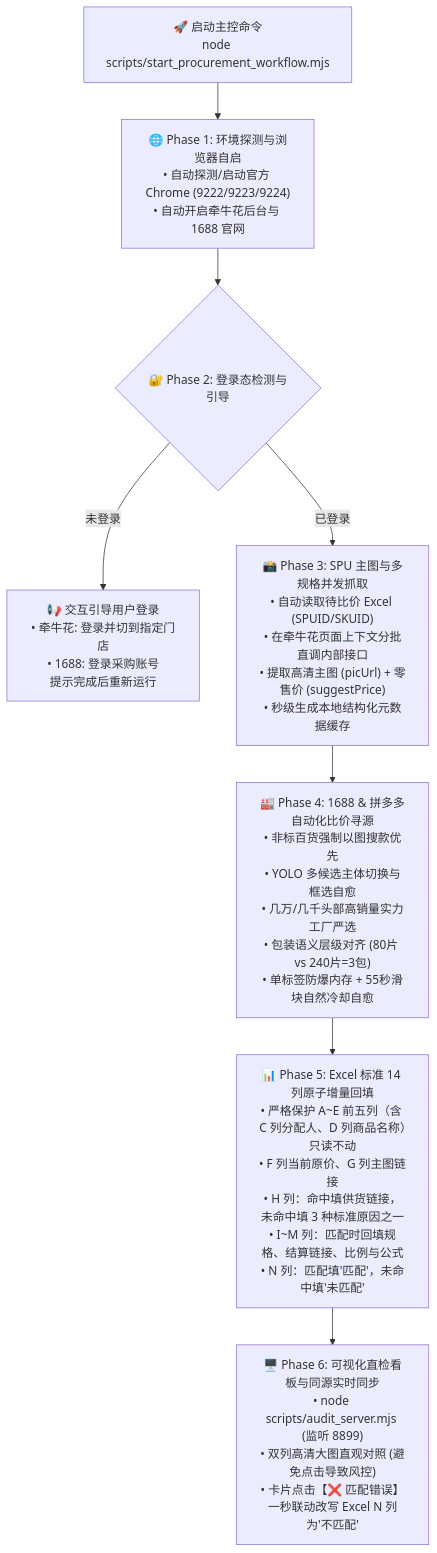
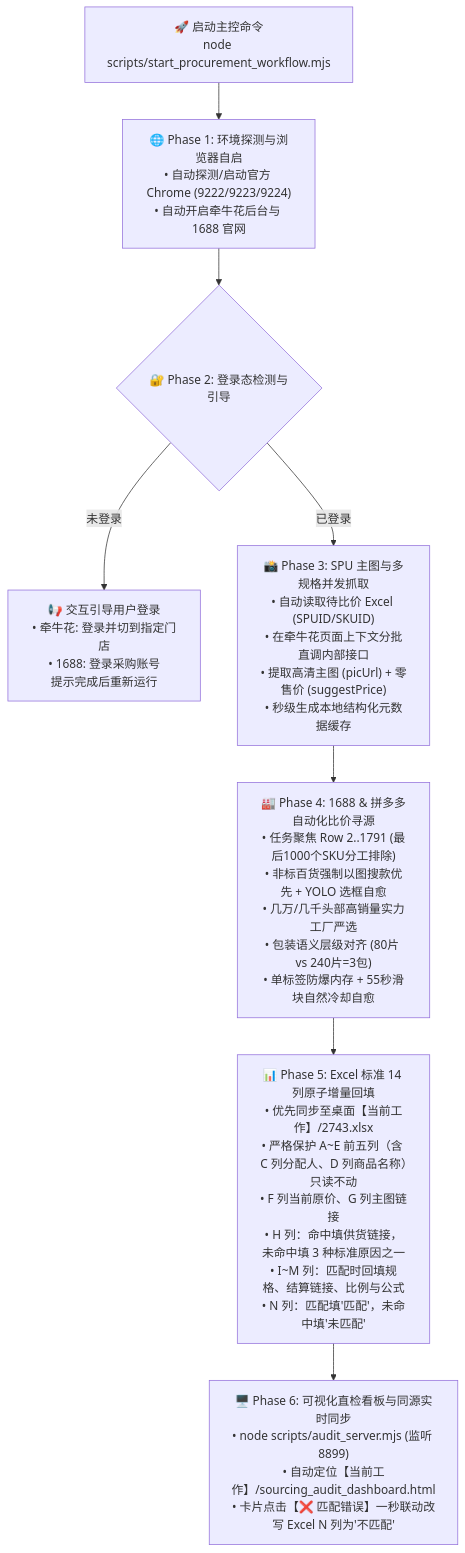
Before and after one commit to cycjianai/pddauto: the diagram in SKILL.md, drawn with Mermaid. The commit also changed other lines of this file and 4 other files, not shown here.

Commit message:
feat(scope): adapt to Desktop/当前工作/ directory and limit scope to Row 1791 (exclude last 1000 SKUs)

````diff
--- a/SKILL.md
+++ b/SKILL.md
@@ -14,14 +14,14 @@
 ```mermaid
 flowchart TD
     Start["🚀 启动主控命令<br>node scripts/start_procurement_workflow.mjs"] --> Phase1["🌐 Phase 1: 环境探测与浏览器自启<br>• 自动探测/启动官方 Chrome (9222/9223/9224)<br>• 自动开启牵牛花后台与 1688 官网"]
 
     Phase1 --> Phase2{"🔐 Phase 2: 登录态检测与引导"}
     Phase2 -->|"未登录"| PromptUser["📢 交互引导用户登录<br>• 牵牛花: 登录并切到指定门店<br>• 1688: 登录采购账号<br>提示完成后重新运行"]
     Phase2 -->|"已登录"| Phase3["📸 Phase 3: SPU 主图与多规格并发抓取<br>• 自动读取待比价 Excel (SPUID/SKUID)<br>• 在牵牛花页面上下文分批直调内部接口<br>• 提取高清主图 (picUrl) + 零售价 (suggestPrice)<br>• 秒级生成本地结构化元数据缓存"]
 
-    Phase3 --> Phase4["🏭 Phase 4: 1688 & 拼多多自动化比价寻源<br>• 非标百货强制以图搜款优先<br>• YOLO 多候选主体切换与框选自愈<br>• 几万/几千头部高销量实力工厂严选<br>• 包装语义层级对齐 (80片 vs 240片=3包)<br>• 单标签防爆内存 + 55秒滑块自然冷却自愈"]
+    Phase3 --> Phase4["🏭 Phase 4: 1688 & 拼多多自动化比价寻源<br>• 任务聚焦 Row 2..1791 (最后1000个SKU分工排除)<br>• 非标百货强制以图搜款优先 + YOLO 选框自愈<br>• 几万/几千头部高销量实力工厂严选<br>• 包装语义层级对齐 (80片 vs 240片=3包)<br>• 单标签防爆内存 + 55秒滑块自然冷却自愈"]
 
-    Phase4 --> Phase5["📊 Phase 5: Excel 标准 14 列原子增量回填<br>• 严格保护 A~E 前五列（含 C 列分配人、D 列商品名称）只读不动<br>• F 列当前原价、G 列主图链接<br>• H 列：命中填供货链接，未命中填 3 种标准原因之一<br>• I~M 列：匹配时回填规格、结算链接、比例与公式<br>• N 列：匹配填'匹配'，未命中填'未匹配'"]
+    Phase4 --> Phase5["📊 Phase 5: Excel 标准 14 列原子增量回填<br>• 优先同步至桌面【当前工作】/2743.xlsx<br>• 严格保护 A~E 前五列（含 C 列分配人、D 列商品名称）只读不动<br>• F 列当前原价、G 列主图链接<br>• H 列：命中填供货链接，未命中填 3 种标准原因之一<br>• I~M 列：匹配时回填规格、结算链接、比例与公式<br>• N 列：匹配填'匹配'，未命中填'未匹配'"]
 
-    Phase5 --> Phase6["🖥️ Phase 6: 可视化直检看板与同源实时同步<br>• node scripts/audit_server.mjs (监听 8899)<br>• 双列高清大图直观对照 (避免点击导致风控)<br>• 卡片点击【❌ 匹配错误】一秒联动改写 Excel N 列为'不匹配'"]
+    Phase5 --> Phase6["🖥️ Phase 6: 可视化直检看板与同源实时同步<br>• node scripts/audit_server.mjs (监听 8899)<br>• 自动定位【当前工作】/sourcing_audit_dashboard.html<br>• 卡片点击【❌ 匹配错误】一秒联动改写 Excel N 列为'不匹配'"]
 ```
````
